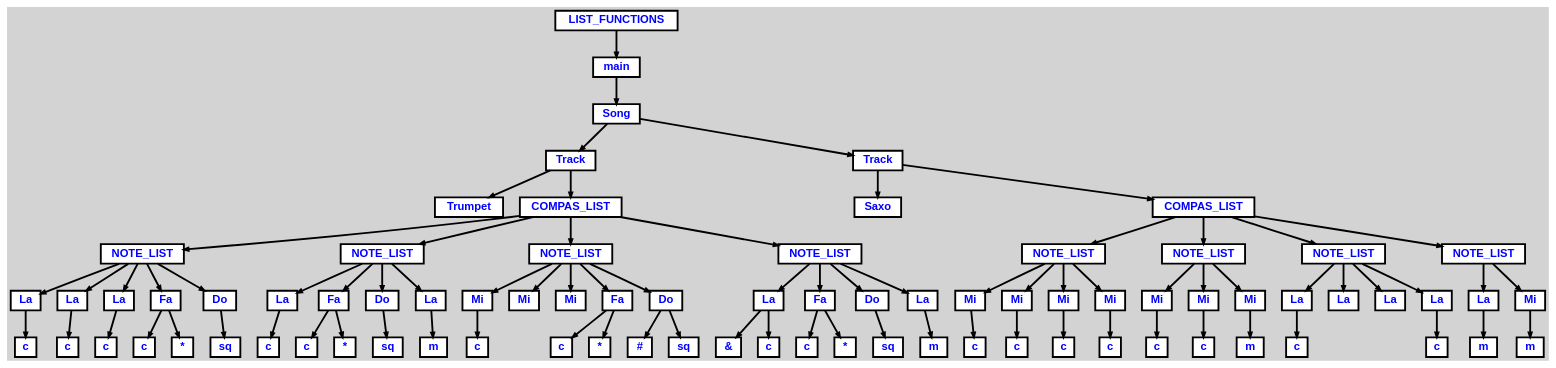
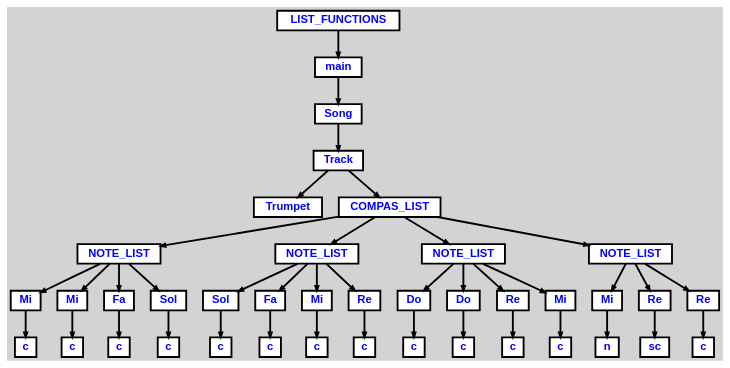
The diagram in tree.dot (mariofv/A-Music-Language), drawn with Graphviz before and after one commit. The commit also changed 9 other files, not shown here.

```diff
--- a/tree.dot
+++ b/tree.dot
@@ -18,116 +18,57 @@
   n5 [label="COMPAS_LIST"];
   n6 [label="NOTE_LIST"];
   n6 [label="NOTE_LIST"];
-  n7 [label="La"];
-  n7 [label="La"];
+  n7 [label="Mi"];
+  n7 [label="Mi"];
   n8 [label="c"];
-  n9 [label="La"];
-  n9 [label="La"];
+  n9 [label="Mi"];
+  n9 [label="Mi"];
   n10 [label="c"];
-  n11 [label="La"];
-  n11 [label="La"];
+  n11 [label="Fa"];
+  n11 [label="Fa"];
   n12 [label="c"];
-  n13 [label="Fa"];
-  n13 [label="Fa"];
+  n13 [label="Sol"];
+  n13 [label="Sol"];
   n14 [label="c"];
-  n15 [label="*"];
-  n16 [label="Do"];
-  n16 [label="Do"];
-  n17 [label="sq"];
-  n18 [label="NOTE_LIST"];
-  n18 [label="NOTE_LIST"];
-  n19 [label="La"];
-  n19 [label="La"];
-  n20 [label="c"];
-  n21 [label="Fa"];
-  n21 [label="Fa"];
-  n22 [label="c"];
-  n23 [label="*"];
-  n24 [label="Do"];
-  n24 [label="Do"];
-  n25 [label="sq"];
-  n26 [label="La"];
-  n26 [label="La"];
-  n27 [label="m"];
-  n28 [label="NOTE_LIST"];
-  n28 [label="NOTE_LIST"];
-  n29 [label="Mi"];
-  n29 [label="Mi"];
+  n15 [label="NOTE_LIST"];
+  n15 [label="NOTE_LIST"];
+  n16 [label="Sol"];
+  n16 [label="Sol"];
+  n17 [label="c"];
+  n18 [label="Fa"];
+  n18 [label="Fa"];
+  n19 [label="c"];
+  n20 [label="Mi"];
+  n20 [label="Mi"];
+  n21 [label="c"];
+  n22 [label="Re"];
+  n22 [label="Re"];
+  n23 [label="c"];
+  n24 [label="NOTE_LIST"];
+  n24 [label="NOTE_LIST"];
+  n25 [label="Do"];
+  n25 [label="Do"];
+  n26 [label="c"];
+  n27 [label="Do"];
+  n27 [label="Do"];
+  n28 [label="c"];
+  n29 [label="Re"];
+  n29 [label="Re"];
   n30 [label="c"];
   n31 [label="Mi"];
-  n32 [label="Mi"];
-  n33 [label="Fa"];
-  n33 [label="Fa"];
-  n34 [label="c"];
-  n35 [label="*"];
-  n36 [label="Do"];
-  n36 [label="Do"];
-  n37 [label="#"];
-  n38 [label="sq"];
-  n39 [label="NOTE_LIST"];
-  n39 [label="NOTE_LIST"];
-  n40 [label="La"];
-  n40 [label="La"];
-  n41 [label="&"];
-  n42 [label="c"];
-  n43 [label="Fa"];
-  n43 [label="Fa"];
-  n44 [label="c"];
-  n45 [label="*"];
-  n46 [label="Do"];
-  n46 [label="Do"];
-  n47 [label="sq"];
-  n48 [label="La"];
-  n48 [label="La"];
-  n49 [label="m"];
-  n50 [label="Track"];
-  n50 [label="Track"];
-  n51 [label="Saxo"];
-  n52 [label="COMPAS_LIST"];
-  n52 [label="COMPAS_LIST"];
-  n53 [label="NOTE_LIST"];
-  n53 [label="NOTE_LIST"];
-  n54 [label="Mi"];
-  n54 [label="Mi"];
-  n55 [label="c"];
-  n56 [label="Mi"];
-  n56 [label="Mi"];
-  n57 [label="c"];
-  n58 [label="Mi"];
-  n58 [label="Mi"];
-  n59 [label="c"];
-  n60 [label="Mi"];
-  n60 [label="Mi"];
-  n61 [label="c"];
-  n62 [label="NOTE_LIST"];
-  n62 [label="NOTE_LIST"];
-  n63 [label="Mi"];
-  n63 [label="Mi"];
-  n64 [label="c"];
-  n65 [label="Mi"];
-  n65 [label="Mi"];
-  n66 [label="c"];
-  n67 [label="Mi"];
-  n67 [label="Mi"];
-  n68 [label="m"];
-  n69 [label="NOTE_LIST"];
-  n69 [label="NOTE_LIST"];
-  n70 [label="La"];
-  n70 [label="La"];
-  n71 [label="c"];
-  n72 [label="La"];
-  n73 [label="La"];
-  n74 [label="La"];
-  n74 [label="La"];
-  n75 [label="c"];
-  n76 [label="NOTE_LIST"];
-  n76 [label="NOTE_LIST"];
-  n77 [label="La"];
-  n77 [label="La"];
-  n78 [label="m"];
-  n79 [label="Mi"];
-  n79 [label="Mi"];
-  n80 [label="m"];
+  n31 [label="Mi"];
+  n32 [label="c"];
+  n33 [label="NOTE_LIST"];
+  n33 [label="NOTE_LIST"];
+  n34 [label="Mi"];
+  n34 [label="Mi"];
+  n35 [label="n"];
+  n36 [label="Re"];
+  n36 [label="Re"];
+  n37 [label="sc"];
+  n38 [label="Re"];
+  n38 [label="Re"];
+  n39 [label="c"];
 
   n0 -> n1 // "LIST_FUNCTIONS" -> "main"
   n1 -> n2 // "main" -> "Song"
@@ -135,79 +76,38 @@
   n3 -> n4 // "Track" -> "Trumpet"
   n3 -> n5 // "Track" -> "COMPAS_LIST"
   n5 -> n6 // "COMPAS_LIST" -> "NOTE_LIST"
-  n6 -> n7 // "NOTE_LIST" -> "La"
-  n7 -> n8 // "La" -> "c"
-  n6 -> n9 // "NOTE_LIST" -> "La"
-  n9 -> n10 // "La" -> "c"
-  n6 -> n11 // "NOTE_LIST" -> "La"
-  n11 -> n12 // "La" -> "c"
-  n6 -> n13 // "NOTE_LIST" -> "Fa"
-  n13 -> n14 // "Fa" -> "c"
-  n13 -> n15 // "Fa" -> "*"
-  n6 -> n16 // "NOTE_LIST" -> "Do"
-  n16 -> n17 // "Do" -> "sq"
-  n5 -> n18 // "COMPAS_LIST" -> "NOTE_LIST"
-  n18 -> n19 // "NOTE_LIST" -> "La"
-  n19 -> n20 // "La" -> "c"
-  n18 -> n21 // "NOTE_LIST" -> "Fa"
-  n21 -> n22 // "Fa" -> "c"
-  n21 -> n23 // "Fa" -> "*"
-  n18 -> n24 // "NOTE_LIST" -> "Do"
-  n24 -> n25 // "Do" -> "sq"
-  n18 -> n26 // "NOTE_LIST" -> "La"
-  n26 -> n27 // "La" -> "m"
-  n5 -> n28 // "COMPAS_LIST" -> "NOTE_LIST"
-  n28 -> n29 // "NOTE_LIST" -> "Mi"
-  n29 -> n30 // "Mi" -> "c"
-  n28 -> n31 // "NOTE_LIST" -> "Mi"
-  n28 -> n32 // "NOTE_LIST" -> "Mi"
-  n28 -> n33 // "NOTE_LIST" -> "Fa"
-  n33 -> n34 // "Fa" -> "c"
-  n33 -> n35 // "Fa" -> "*"
-  n28 -> n36 // "NOTE_LIST" -> "Do"
-  n36 -> n37 // "Do" -> "#"
-  n36 -> n38 // "Do" -> "sq"
-  n5 -> n39 // "COMPAS_LIST" -> "NOTE_LIST"
-  n39 -> n40 // "NOTE_LIST" -> "La"
-  n40 -> n41 // "La" -> "&"
-  n40 -> n42 // "La" -> "c"
-  n39 -> n43 // "NOTE_LIST" -> "Fa"
-  n43 -> n44 // "Fa" -> "c"
-  n43 -> n45 // "Fa" -> "*"
-  n39 -> n46 // "NOTE_LIST" -> "Do"
-  n46 -> n47 // "Do" -> "sq"
-  n39 -> n48 // "NOTE_LIST" -> "La"
-  n48 -> n49 // "La" -> "m"
-  n2 -> n50 // "Song" -> "Track"
-  n50 -> n51 // "Track" -> "Saxo"
-  n50 -> n52 // "Track" -> "COMPAS_LIST"
-  n52 -> n53 // "COMPAS_LIST" -> "NOTE_LIST"
-  n53 -> n54 // "NOTE_LIST" -> "Mi"
-  n54 -> n55 // "Mi" -> "c"
-  n53 -> n56 // "NOTE_LIST" -> "Mi"
-  n56 -> n57 // "Mi" -> "c"
-  n53 -> n58 // "NOTE_LIST" -> "Mi"
-  n58 -> n59 // "Mi" -> "c"
-  n53 -> n60 // "NOTE_LIST" -> "Mi"
-  n60 -> n61 // "Mi" -> "c"
-  n52 -> n62 // "COMPAS_LIST" -> "NOTE_LIST"
-  n62 -> n63 // "NOTE_LIST" -> "Mi"
-  n63 -> n64 // "Mi" -> "c"
-  n62 -> n65 // "NOTE_LIST" -> "Mi"
-  n65 -> n66 // "Mi" -> "c"
-  n62 -> n67 // "NOTE_LIST" -> "Mi"
-  n67 -> n68 // "Mi" -> "m"
-  n52 -> n69 // "COMPAS_LIST" -> "NOTE_LIST"
-  n69 -> n70 // "NOTE_LIST" -> "La"
-  n70 -> n71 // "La" -> "c"
-  n69 -> n72 // "NOTE_LIST" -> "La"
-  n69 -> n73 // "NOTE_LIST" -> "La"
-  n69 -> n74 // "NOTE_LIST" -> "La"
-  n74 -> n75 // "La" -> "c"
-  n52 -> n76 // "COMPAS_LIST" -> "NOTE_LIST"
-  n76 -> n77 // "NOTE_LIST" -> "La"
-  n77 -> n78 // "La" -> "m"
-  n76 -> n79 // "NOTE_LIST" -> "Mi"
-  n79 -> n80 // "Mi" -> "m"
+  n6 -> n7 // "NOTE_LIST" -> "Mi"
+  n7 -> n8 // "Mi" -> "c"
+  n6 -> n9 // "NOTE_LIST" -> "Mi"
+  n9 -> n10 // "Mi" -> "c"
+  n6 -> n11 // "NOTE_LIST" -> "Fa"
+  n11 -> n12 // "Fa" -> "c"
+  n6 -> n13 // "NOTE_LIST" -> "Sol"
+  n13 -> n14 // "Sol" -> "c"
+  n5 -> n15 // "COMPAS_LIST" -> "NOTE_LIST"
+  n15 -> n16 // "NOTE_LIST" -> "Sol"
+  n16 -> n17 // "Sol" -> "c"
+  n15 -> n18 // "NOTE_LIST" -> "Fa"
+  n18 -> n19 // "Fa" -> "c"
+  n15 -> n20 // "NOTE_LIST" -> "Mi"
+  n20 -> n21 // "Mi" -> "c"
+  n15 -> n22 // "NOTE_LIST" -> "Re"
+  n22 -> n23 // "Re" -> "c"
+  n5 -> n24 // "COMPAS_LIST" -> "NOTE_LIST"
+  n24 -> n25 // "NOTE_LIST" -> "Do"
+  n25 -> n26 // "Do" -> "c"
+  n24 -> n27 // "NOTE_LIST" -> "Do"
+  n27 -> n28 // "Do" -> "c"
+  n24 -> n29 // "NOTE_LIST" -> "Re"
+  n29 -> n30 // "Re" -> "c"
+  n24 -> n31 // "NOTE_LIST" -> "Mi"
+  n31 -> n32 // "Mi" -> "c"
+  n5 -> n33 // "COMPAS_LIST" -> "NOTE_LIST"
+  n33 -> n34 // "NOTE_LIST" -> "Mi"
+  n34 -> n35 // "Mi" -> "n"
+  n33 -> n36 // "NOTE_LIST" -> "Re"
+  n36 -> n37 // "Re" -> "sc"
+  n33 -> n38 // "NOTE_LIST" -> "Re"
+  n38 -> n39 // "Re" -> "c"
 
 }
```
